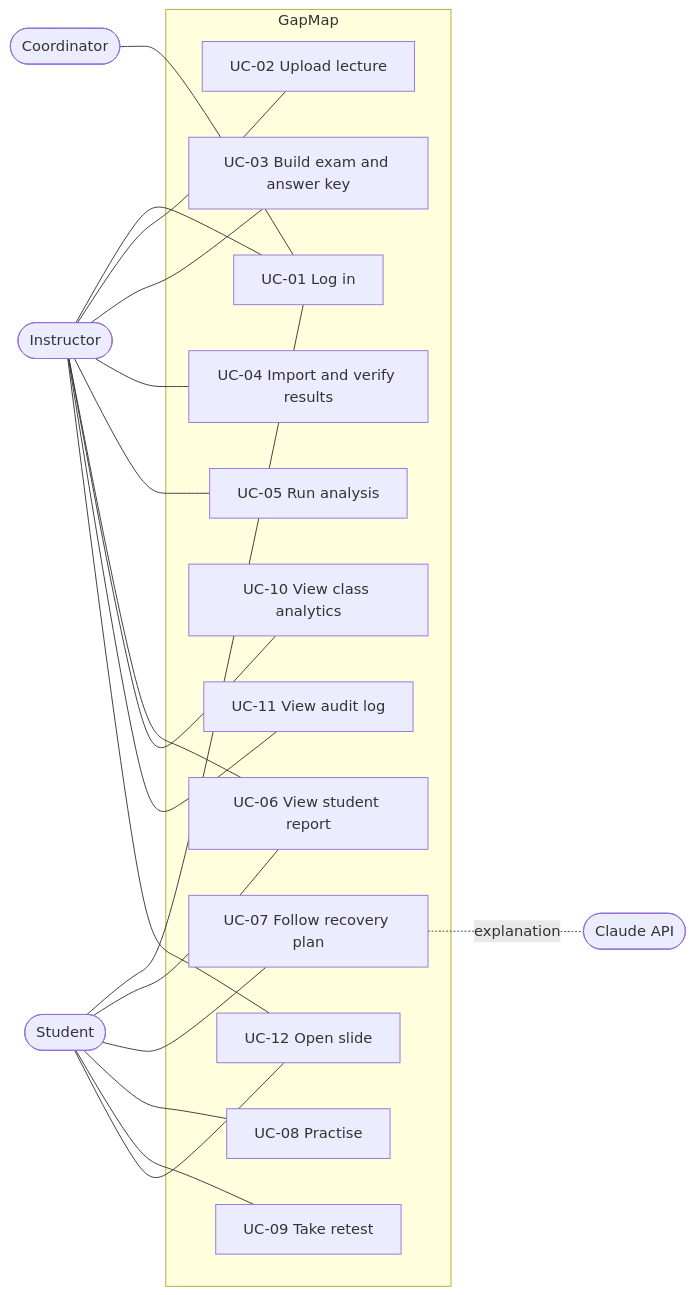
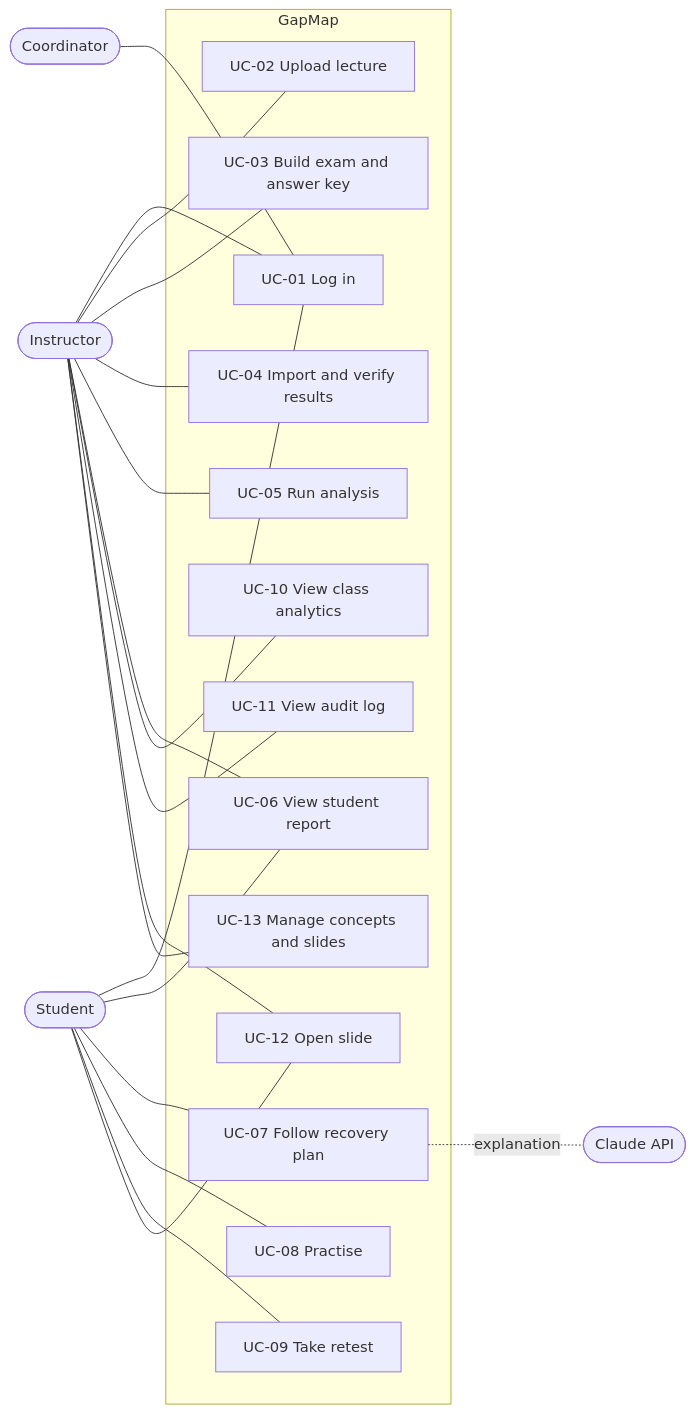
The diagram in docs/submission/03-Analysis/Use-Cases.md (AhmedEbrahem25/gapmap), drawn with Mermaid before and after one commit. The commit also changed other lines of this file and 34 other files, not shown here.

````diff
--- a/docs/submission/03-Analysis/Use-Cases.md
+++ b/docs/submission/03-Analysis/Use-Cases.md
@@ -15,25 +15,26 @@
 ```mermaid
 flowchart LR
   I([Instructor])
   S([Student])
   C([Coordinator])
   L([Claude API])
   subgraph GapMap
     UC1[UC-01 Log in]
     UC2[UC-02 Upload lecture]
     UC3[UC-03 Build exam and answer key]
     UC4[UC-04 Import and verify results]
     UC5[UC-05 Run analysis]
     UC6[UC-06 View student report]
     UC7[UC-07 Follow recovery plan]
     UC8[UC-08 Practise]
     UC9[UC-09 Take retest]
     UC10[UC-10 View class analytics]
     UC11[UC-11 View audit log]
     UC12[UC-12 Open slide]
+    UC13[UC-13 Manage concepts and slides]
   end
-  I --- UC1 & UC2 & UC3 & UC4 & UC5 & UC6 & UC10 & UC11 & UC12
+  I --- UC1 & UC2 & UC3 & UC4 & UC5 & UC6 & UC10 & UC11 & UC12 & UC13
   S --- UC1 & UC6 & UC7 & UC8 & UC9 & UC12
   C --- UC1
   UC7 -. explanation .- L
 ```
````
